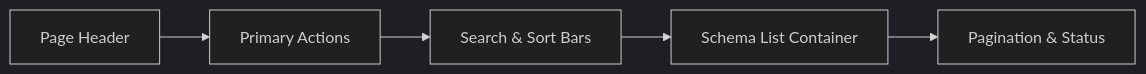
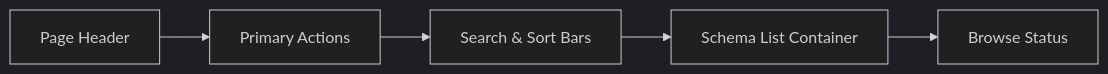
The diagram in docs/reference/app/frontend/definition/schemas.md (arfiligol/superconducting-circuits-tutorial), drawn with Mermaid (dark theme) before and after one commit. The commit also changed other lines of this file and 22 other files, not shown here.

````diff
--- a/docs/reference/app/frontend/definition/schemas.md
+++ b/docs/reference/app/frontend/definition/schemas.md
@@ -49,7 +53,7 @@
 ```mermaid
 graph LR
     H[Page Header] --> Actions[Primary Actions]
     Actions --> Filters[Search & Sort Bars]
     Filters --> List[Schema List Container]
-    List --> Paging[Pagination & Status]
+    List --> Paging[Browse Status]
 ```
````
